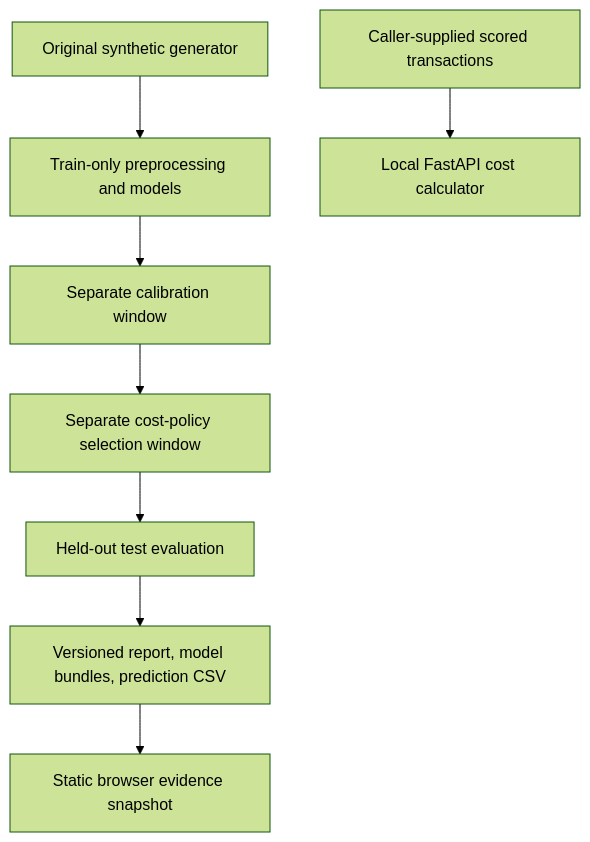
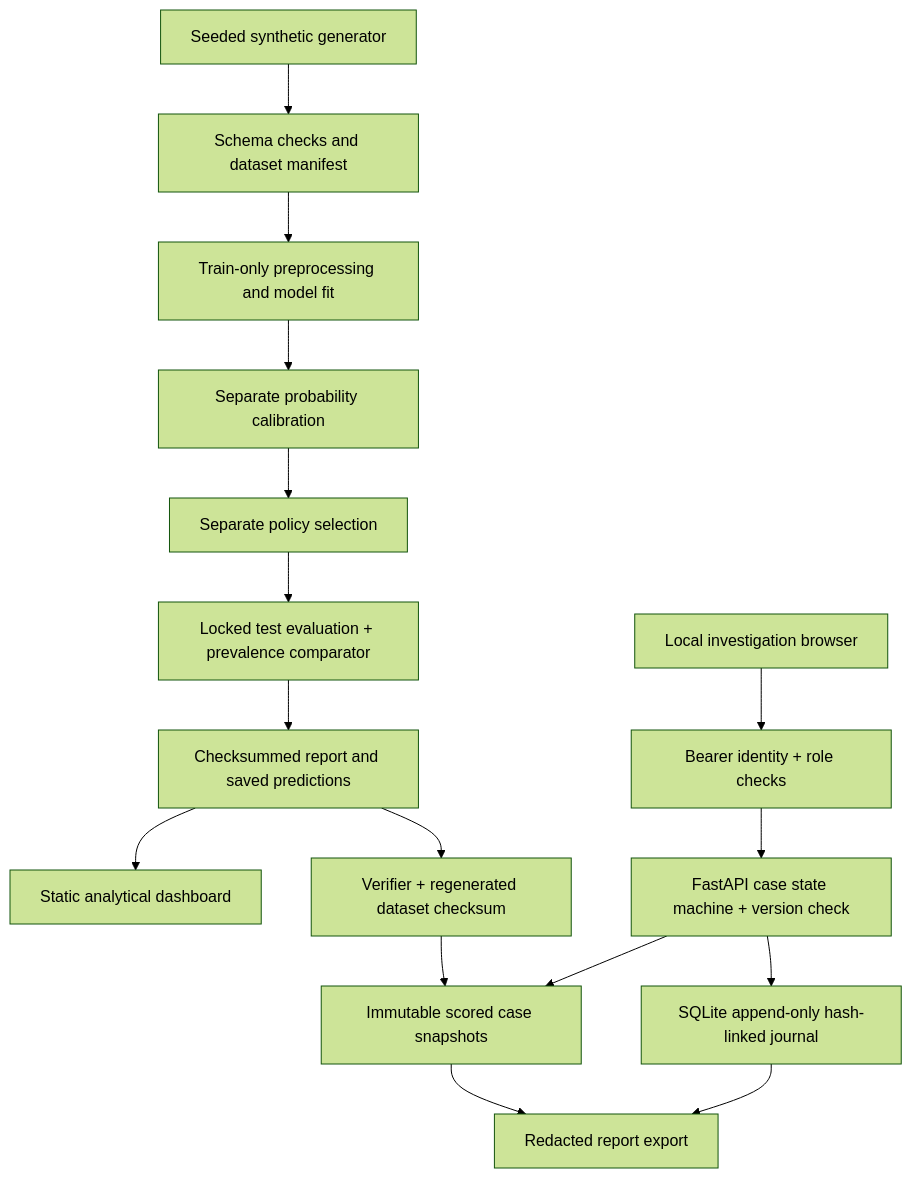
Before and after one commit to Poojan-Desai/FraudLens: the diagram in README.md, drawn with Mermaid (forest theme). The commit also changed other lines of this file and 30 other files, not shown here.

````diff
--- a/README.md
+++ b/README.md
@@ -22,10 +40,18 @@
 ```mermaid
 flowchart TD
-    S[Original synthetic generator] --> T[Train-only preprocessing and models]
-    T --> C[Separate calibration window]
-    C --> P[Separate cost-policy selection window]
-    P --> E[Held-out test evaluation]
-    E --> A[Versioned report, model bundles, prediction CSV]
-    A --> UI[Static browser evidence snapshot]
-    R[Caller-supplied scored transactions] --> API[Local FastAPI cost calculator]
+    G[Seeded synthetic generator] --> Q[Schema checks and dataset manifest]
+    Q --> T[Train-only preprocessing and model fit]
+    T --> C[Separate probability calibration]
+    C --> P[Separate policy selection]
+    P --> E[Locked test evaluation + prevalence comparator]
+    E --> A[Checksummed report and saved predictions]
+    A --> D[Static analytical dashboard]
+    A --> V[Verifier + regenerated dataset checksum]
+    V --> I[Immutable scored case snapshots]
+    B[Local investigation browser] --> R[Bearer identity + role checks]
+    R --> S[FastAPI case state machine + version check]
+    S --> I
+    S --> J[SQLite append-only hash-linked journal]
+    I --> X[Redacted report export]
+    J --> X
 ```
````
